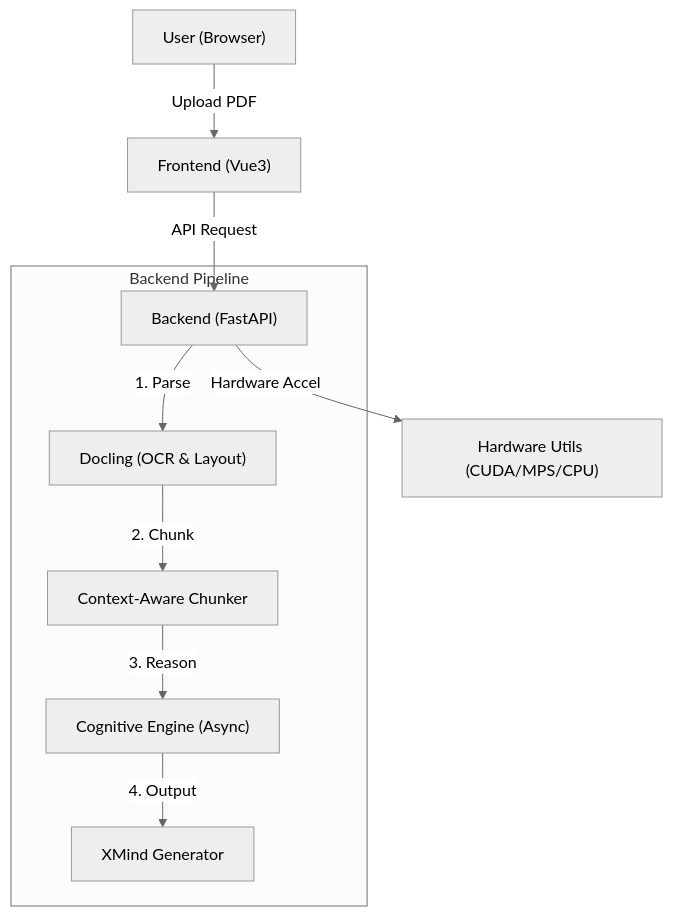
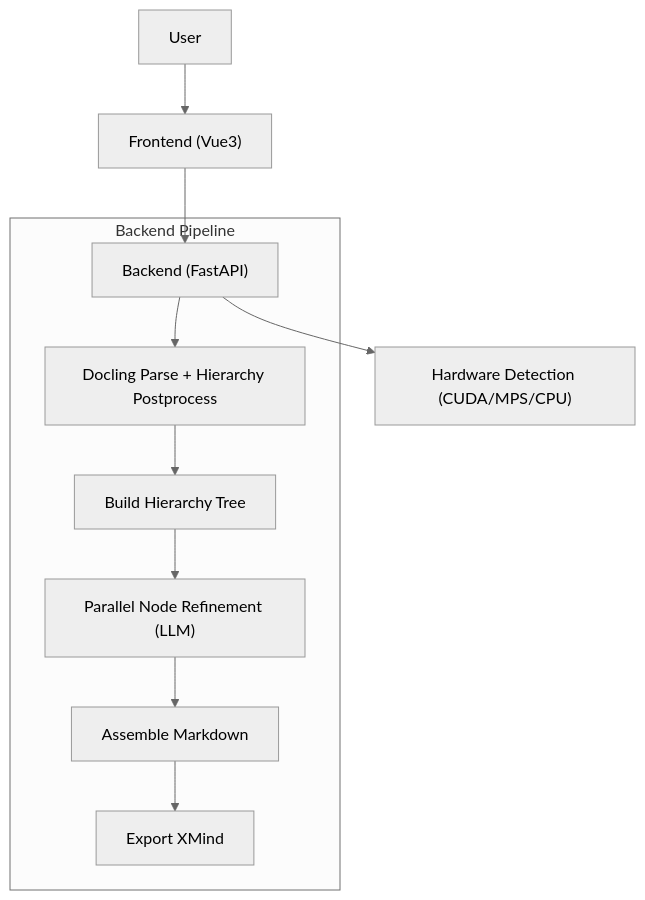
The diagram in README.md (aitangmy/filesMind), drawn with Mermaid (neutral theme) before and after one commit. The commit also changed other lines of this file and 5 other files, not shown here.

````diff
--- a/README.md
+++ b/README.md
@@ -159,14 +134,15 @@
 ```mermaid
 graph TD
-    User["User (Browser)"] -->|Upload PDF| Frontend["Frontend (Vue3)"]
-    Frontend -->|API Request| Backend["Backend (FastAPI)"]
-    
-    subgraph "Backend Pipeline"
-        Backend -->|1. Parse| Parser["Docling (OCR & Layout)"]
-        Parser -->|2. Chunk| Chunker["Context-Aware Chunker"]
-        Chunker -->|3. Reason| LLM["Cognitive Engine (Async)"]
-        LLM -->|4. Output| XMind["XMind Generator"]
+    U["User"] --> F["Frontend (Vue3)"]
+    F --> B["Backend (FastAPI)"]
+
+    subgraph P ["Backend Pipeline"]
+      B --> D["Docling Parse + Hierarchy Postprocess"]
+      D --> T["Build Hierarchy Tree"]
+      T --> R["Parallel Node Refinement (LLM)"]
+      R --> M["Assemble Markdown"]
+      M --> X["Export XMind"]
     end
-    
-    Backend -->|Hardware Accel| Check["Hardware Utils (CUDA/MPS/CPU)"]
+
+    B --> H["Hardware Detection (CUDA/MPS/CPU)"]
 ```
````
